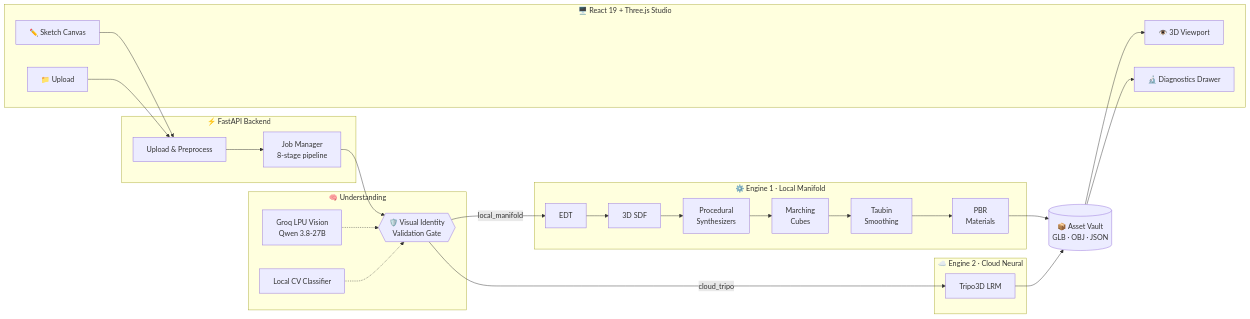
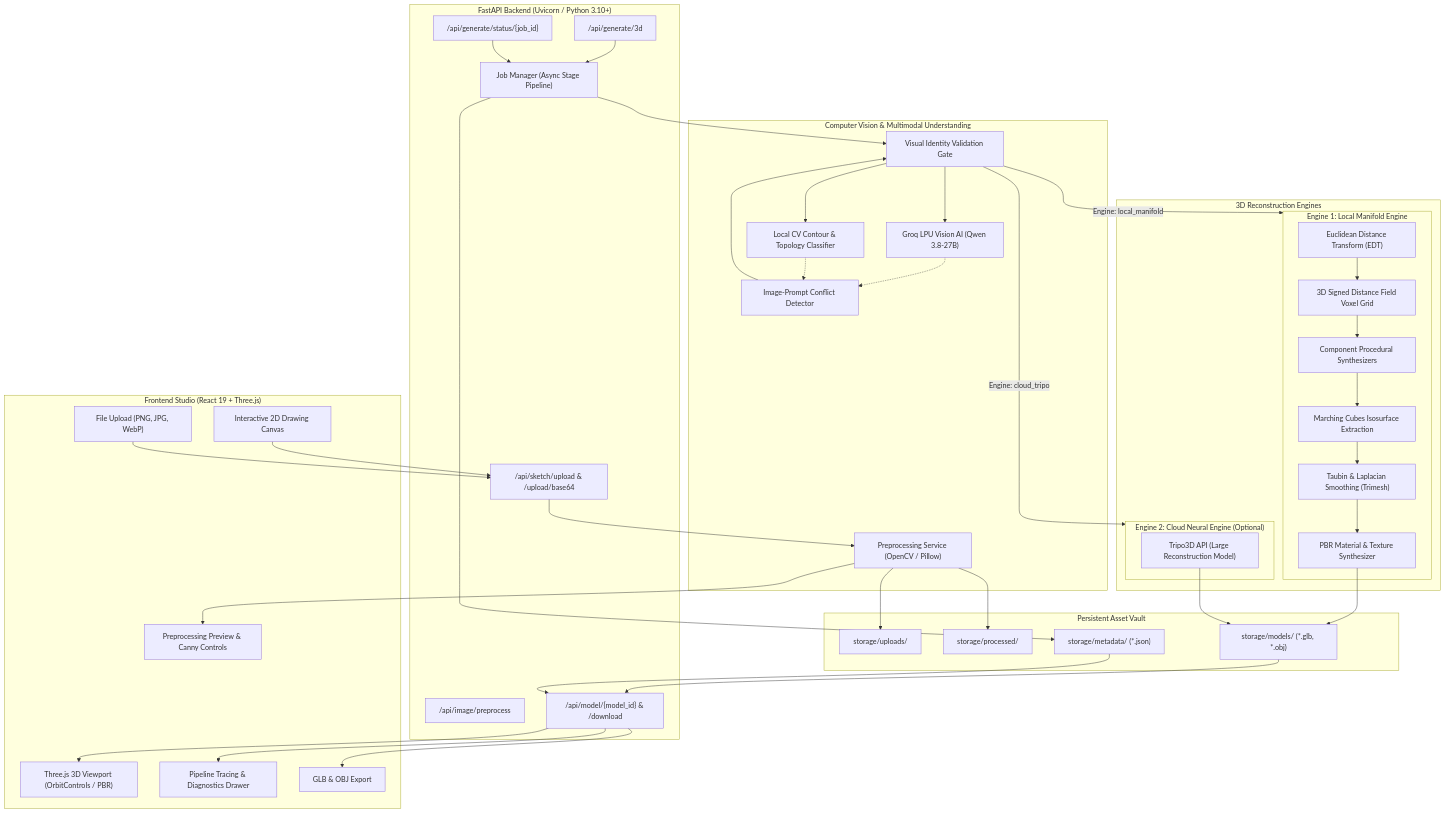
Before and after one commit to Gopal-star2005/MLHackathon: the diagram in README.md, drawn with Mermaid. The commit also changed other lines of this file, not shown here.

Commit message:
Revise architecture diagram and author section
Updated architecture section and team information in README.

````diff
--- a/README.md
+++ b/README.md
@@ -137,37 +139,79 @@
 ```mermaid
-flowchart LR
-    subgraph UI["🖥️ React 19 + Three.js Studio"]
-        A1["✏️ Sketch Canvas"]
-        A2["📁 Upload"]
-        A3["👁️ 3D Viewport"]
-        A4["🔬 Diagnostics Drawer"]
+flowchart TD
+    subgraph UI["Frontend Studio (React 19 + Three.js)"]
+        Canvas["Interactive 2D Drawing Canvas"]
+        Upload["File Upload (PNG, JPG, WebP)"]
+        PreView["Preprocessing Preview & Canny Controls"]
+        Viewer["Three.js 3D Viewport (OrbitControls / PBR)"]
+        Drawer["Pipeline Tracing & Diagnostics Drawer"]
+        Exports["GLB & OBJ Export"]
     end
 
-    subgraph API["⚡ FastAPI Backend"]
-        B1["Upload & Preprocess"]
-        B2["Job Manager<br/>8-stage pipeline"]
+    subgraph API["FastAPI Backend (Uvicorn / Python 3.10+)"]
+        RouteUpload["/api/sketch/upload & /upload/base64"]
+        RoutePre["/api/image/preprocess"]
+        RouteGen["/api/generate/3d"]
+        RouteStatus["/api/generate/status/{job_id}"]
+        RouteModel["/api/model/{model_id} & /download"]
+        JobMgr["Job Manager (Async Stage Pipeline)"]
     end
 
-    subgraph CV["🧠 Understanding"]
-        C1["Groq LPU Vision<br/>Qwen 3.8-27B"]
-        C2["Local CV Classifier"]
-        C3{{"🛡️ Visual Identity<br/>Validation Gate"}}
+    subgraph CV["Computer Vision & Multimodal Understanding"]
+        PreService["Preprocessing Service (OpenCV / Pillow)"]
+        Gate["Visual Identity Validation Gate"]
+        GroqAI["Groq LPU Vision AI (Qwen 3.8-27B)"]
+        LocalCV["Local CV Contour & Topology Classifier"]
+        Conflict["Image-Prompt Conflict Detector"]
     end
 
-    subgraph E1["⚙️ Engine 1 · Local Manifold"]
-        D1["EDT"] --> D2["3D SDF"] --> D3["Procedural<br/>Synthesizers"] --> D4["Marching<br/>Cubes"] --> D5["Taubin<br/>Smoothing"] --> D6["PBR<br/>Materials"]
+    subgraph Engines["3D Reconstruction Engines"]
+        subgraph Engine1["Engine 1: Local Manifold Engine"]
+            EDT["Euclidean Distance Transform (EDT)"]
+            SDF["3D Signed Distance Field Voxel Grid"]
+            Procedural["Component Procedural Synthesizers"]
+            MC["Marching Cubes Isosurface Extraction"]
+            Smooth["Taubin & Laplacian Smoothing (Trimesh)"]
+            PBR["PBR Material & Texture Synthesizer"]
+        end
+        subgraph Engine2["Engine 2: Cloud Neural Engine (Optional)"]
+            Tripo["Tripo3D API (Large Reconstruction Model)"]
+        end
     end
 
-    subgraph E2["☁️ Engine 2 · Cloud Neural"]
-        F1["Tripo3D LRM"]
+    subgraph Storage["Persistent Asset Vault"]
+        StoreUploads["storage/uploads/"]
+        StoreProc["storage/processed/"]
+        StoreModels["storage/models/ (*.glb, *.obj)"]
+        StoreMeta["storage/metadata/ (*.json)"]
     end
 
-    A1 & A2 --> B1 --> B2 --> C3
-    C1 -.-> C3
-    C2 -.-> C3
-    C3 -->|local_manifold| D1
-    C3 -->|cloud_tripo| F1
-    D6 --> G[("📦 Asset Vault<br/>GLB · OBJ · JSON")]
-    F1 --> G
-    G --> A3 & A4
+    Canvas --> RouteUpload
+    Upload --> RouteUpload
+    RouteUpload --> PreService
+    PreService --> StoreUploads
+    PreService --> StoreProc
+    PreService --> PreView
+
+    RouteGen --> JobMgr
+    JobMgr --> Gate
+    Gate --> GroqAI
+    Gate --> LocalCV
+    GroqAI -.-> Conflict
+    LocalCV -.-> Conflict
+    Conflict --> Gate
+
+    Gate -->|Engine: local_manifold| Engine1
+    Gate -->|Engine: cloud_tripo| Engine2
+
+    EDT --> SDF --> Procedural --> MC --> Smooth --> PBR
+    PBR --> StoreModels
+    Tripo --> StoreModels
+    JobMgr --> StoreMeta
+
+    RouteStatus --> JobMgr
+    StoreModels --> RouteModel
+    StoreMeta --> RouteModel
+    RouteModel --> Viewer
+    RouteModel --> Drawer
+    RouteModel --> Exports
 ```
````
